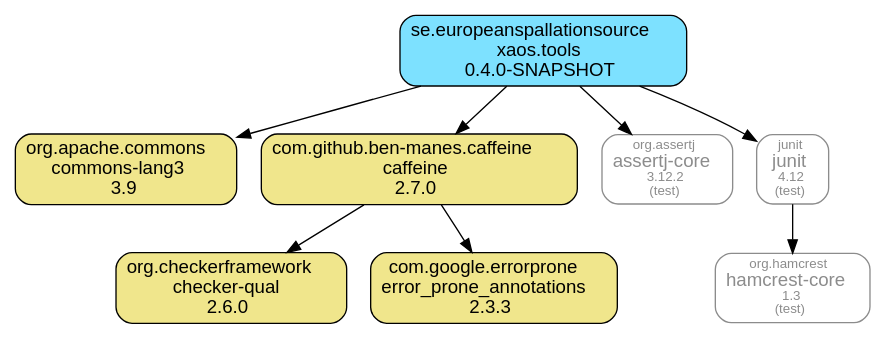
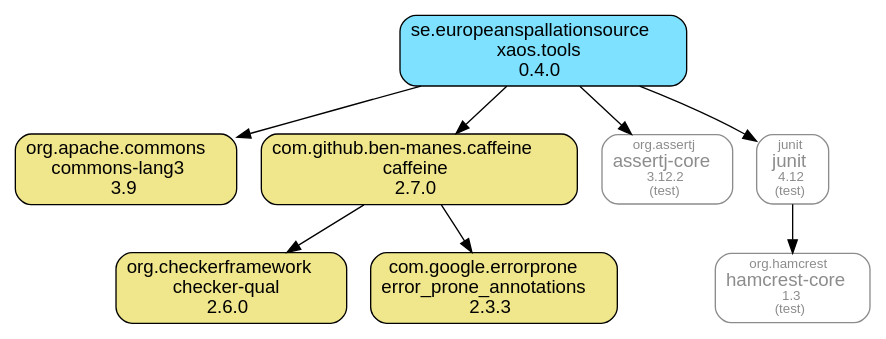
One commit to ESSICS/XAOS changed the diagram in xaos.tools.module/doc/maven-dependencies.dot. Above: the diagram before and after it, drawn with Graphviz. The commit also changed 35 other files, not shown here.

```diff
--- a/xaos.tools.module/doc/maven-dependencies.dot
+++ b/xaos.tools.module/doc/maven-dependencies.dot
@@ -1,23 +1,23 @@
 digraph "xaos.tools" {
   node [shape="box",style="rounded",fontname="Helvetica",fontsize="14"]
   edge [fontsize="10",fontname="Helvetica"]
 
   // Node Definitions:
-  "se.europeanspallationsource:xaos.tools:jar"[shape="box",style="rounded, filled",fillcolor="#7DE1FF",label=<se.europeanspallationsource<br/>xaos.tools<br/>0.4.0-SNAPSHOT>]
+  "se.europeanspallationsource:xaos.tools:jar"[shape="box",style="rounded, filled",fillcolor="#7DE1FF",label=<se.europeanspallationsource<br/>xaos.tools<br/>0.4.0>]
   "org.apache.commons:commons-lang3:jar"[shape="box",style="rounded, filled",fillcolor="khaki",label=<org.apache.commons<br/>commons-lang3<br/>3.9>]
   "com.github.ben-manes.caffeine:caffeine:jar"[shape="box",style="rounded, filled",fillcolor="khaki",label=<com.github.ben-manes.caffeine<br/>caffeine<br/>2.7.0>]
   "org.checkerframework:checker-qual:jar"[shape="box",style="rounded, filled",fillcolor="khaki",label=<org.checkerframework<br/>checker-qual<br/>2.6.0>]
   "com.google.errorprone:error_prone_annotations:jar"[shape="box",style="rounded, filled",fillcolor="khaki",label=<com.google.errorprone<br/>error_prone_annotations<br/>2.3.3>]
   "org.assertj:assertj-core:jar"[shape="box",style="rounded",color="grey55",fontname="Helvetica",fontsize="14",fontcolor="grey55",label=<<font color="grey55" point-size="10">org.assertj</font><br/>assertj-core<font color="grey55" point-size="10"><br/>3.12.2</font><font color="grey55" point-size="10"><br/>(test)</font>>]
   "junit:junit:jar"[shape="box",style="rounded",color="grey55",fontname="Helvetica",fontsize="14",fontcolor="grey55",label=<<font color="grey55" point-size="10">junit</font><br/>junit<font color="grey55" point-size="10"><br/>4.12</font><font color="grey55" point-size="10"><br/>(test)</font>>]
   "org.hamcrest:hamcrest-core:jar"[shape="box",style="rounded",color="grey55",fontname="Helvetica",fontsize="14",fontcolor="grey55",label=<<font color="grey55" point-size="10">org.hamcrest</font><br/>hamcrest-core<font color="grey55" point-size="10"><br/>1.3</font><font color="grey55" point-size="10"><br/>(test)</font>>]
 
   // Edge Definitions:
   "se.europeanspallationsource:xaos.tools:jar" -> "org.apache.commons:commons-lang3:jar"
   "com.github.ben-manes.caffeine:caffeine:jar" -> "org.checkerframework:checker-qual:jar"
   "com.github.ben-manes.caffeine:caffeine:jar" -> "com.google.errorprone:error_prone_annotations:jar"
   "se.europeanspallationsource:xaos.tools:jar" -> "com.github.ben-manes.caffeine:caffeine:jar"
   "se.europeanspallationsource:xaos.tools:jar" -> "org.assertj:assertj-core:jar"
   "junit:junit:jar" -> "org.hamcrest:hamcrest-core:jar"
   "se.europeanspallationsource:xaos.tools:jar" -> "junit:junit:jar"
 }
```
